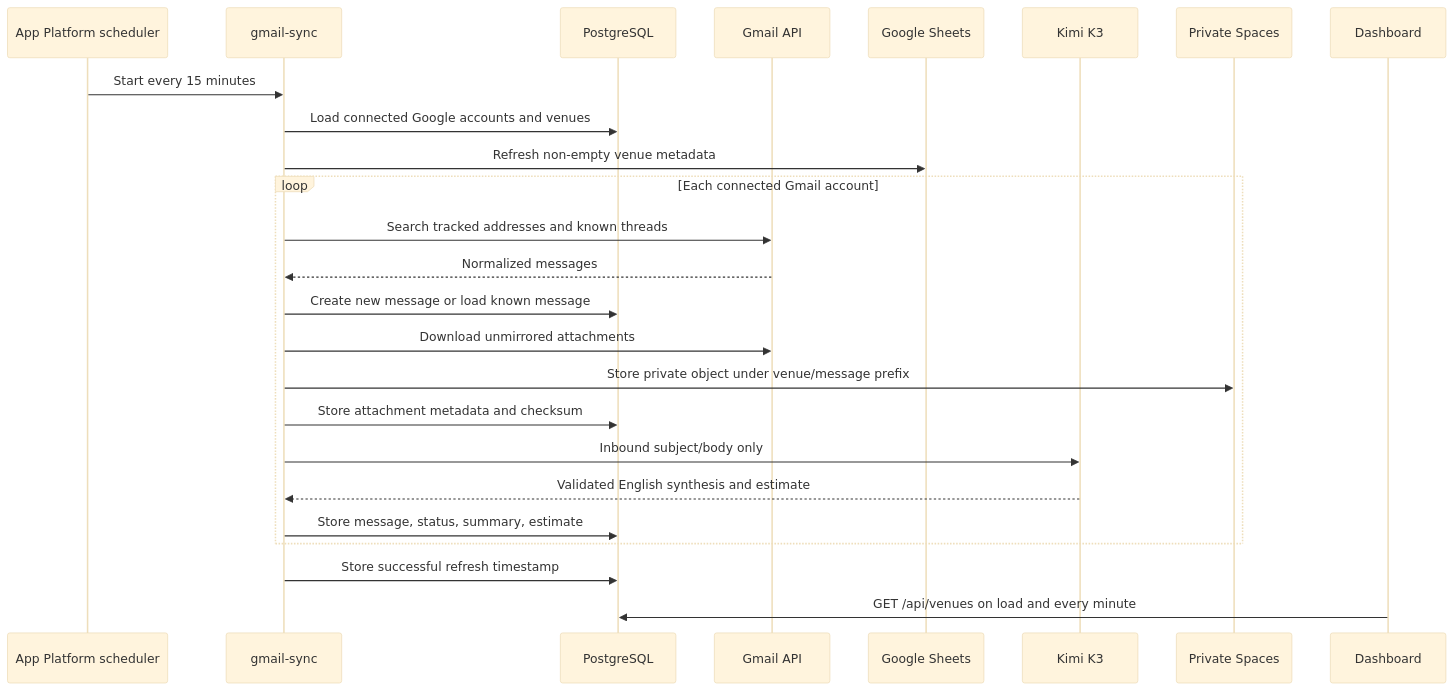
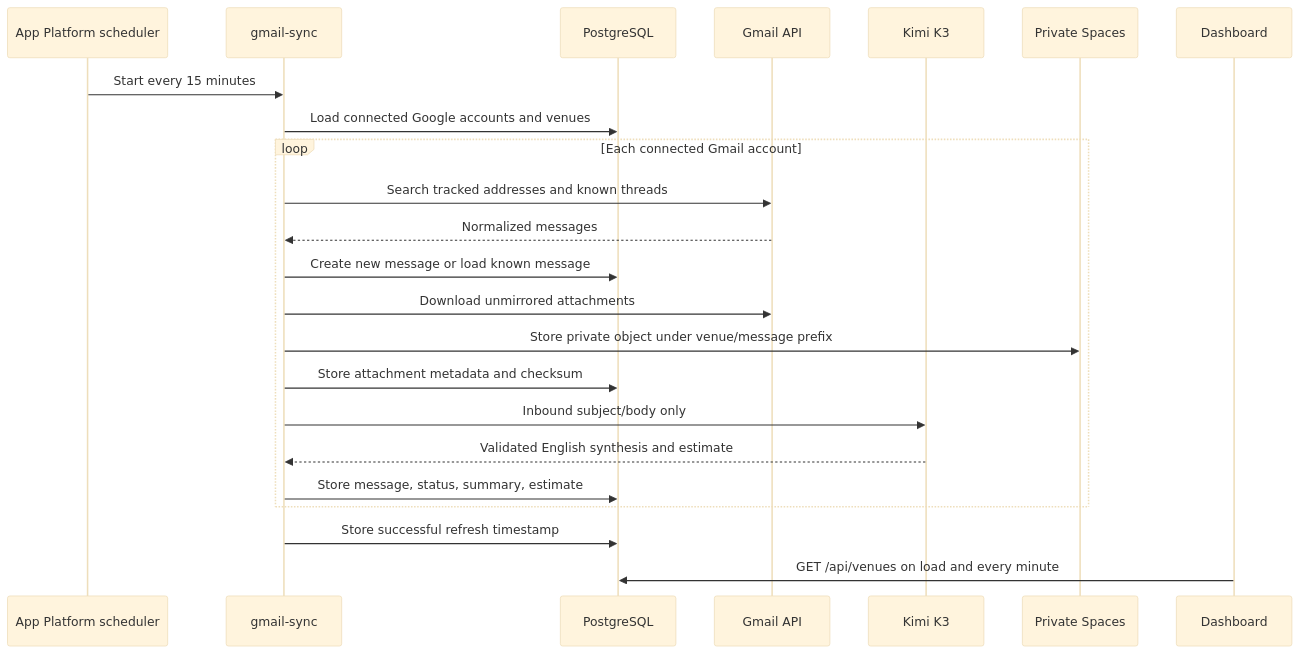
One commit to ralphieninefo/rkwedding changed the fourth of 6 diagrams in docs/ARCHITECTURE.md. Above: the diagram before and after it, drawn with Mermaid (base theme). The commit also changed other lines of this file and 17 other files, not shown here.

````diff
--- a/docs/ARCHITECTURE.md
+++ b/docs/ARCHITECTURE.md
@@ -181,28 +178,26 @@
 ```mermaid
 sequenceDiagram
     participant Cron as App Platform scheduler
     participant Job as gmail-sync
     participant DB as PostgreSQL
     participant Gmail as Gmail API
-    participant Sheet as Google Sheets
     participant Kimi as Kimi K3
     participant Spaces as Private Spaces
     participant UI as Dashboard
 
     Cron->>Job: Start every 15 minutes
     Job->>DB: Load connected Google accounts and venues
-    Job->>Sheet: Refresh non-empty venue metadata
     loop Each connected Gmail account
         Job->>Gmail: Search tracked addresses and known threads
         Gmail-->>Job: Normalized messages
         Job->>DB: Create new message or load known message
         Job->>Gmail: Download unmirrored attachments
         Job->>Spaces: Store private object under venue/message prefix
         Job->>DB: Store attachment metadata and checksum
         Job->>Kimi: Inbound subject/body only
         Kimi-->>Job: Validated English synthesis and estimate
         Job->>DB: Store message, status, summary, estimate
     end
     Job->>DB: Store successful refresh timestamp
     UI->>DB: GET /api/venues on load and every minute
 ```
````
